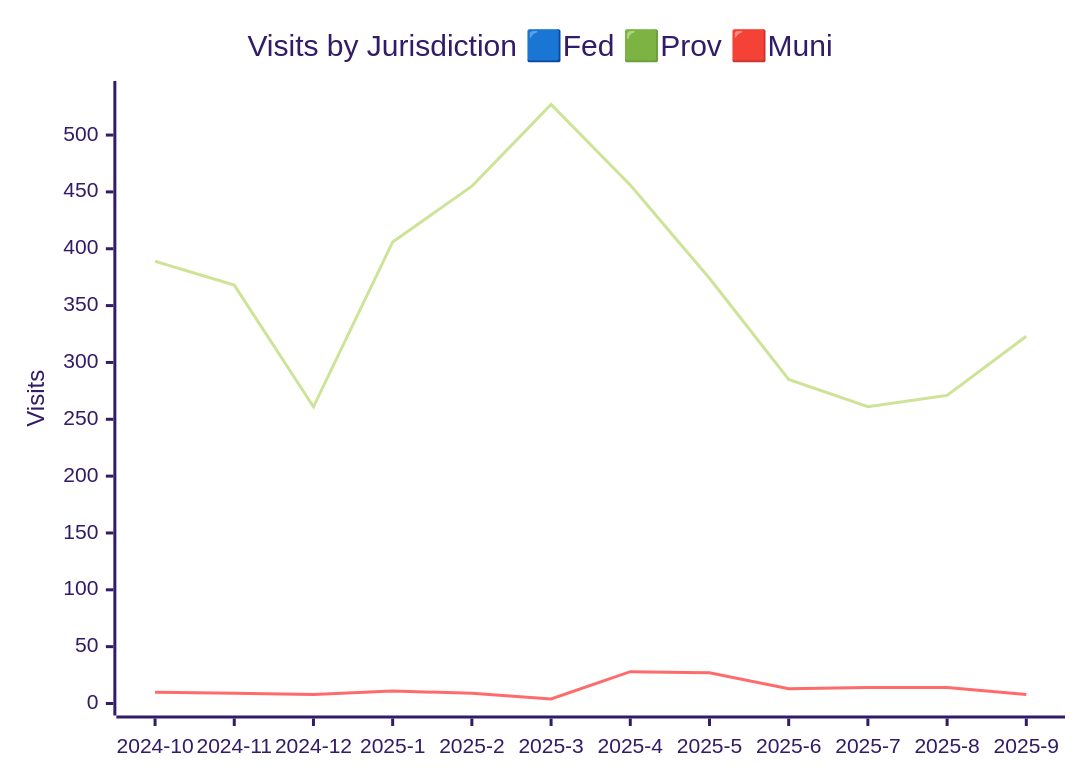
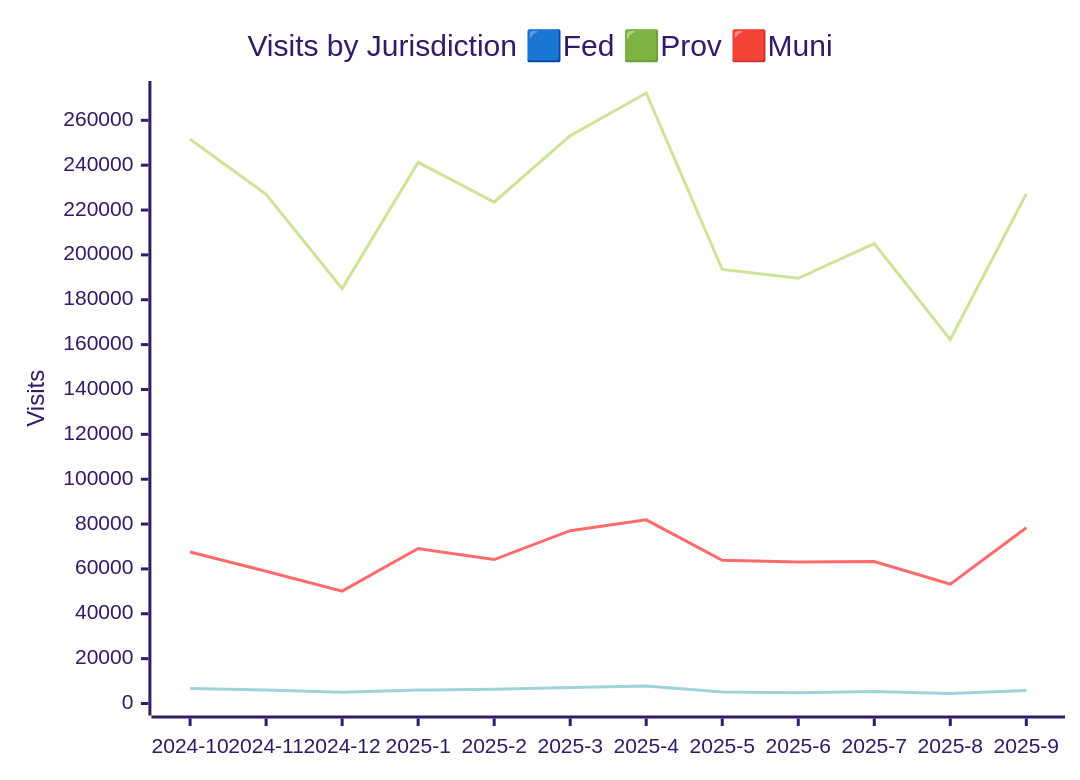
Before and after one commit to PatLittle/analytics-corporate-reporting: the second of 3 diagrams in JURISDICTION_ANALYTICS_REPORT/readme.md, drawn with Mermaid (forest theme). The commit also changed other lines of this file and 3 other files, not shown here.

````diff
--- a/JURISDICTION_ANALYTICS_REPORT/readme.md
+++ b/JURISDICTION_ANALYTICS_REPORT/readme.md
@@ -26,9 +27,10 @@
 ```mermaid
 
 xychart-beta
     title "Visits by Jurisdiction 🟦Fed 🟩Prov 🟥Muni"
     x-axis [2024-10, 2024-11, 2024-12, 2025-1, 2025-2, 2025-3, 2025-4, 2025-5, 2025-6, 2025-7, 2025-8, 2025-9]
-    y-axis "Visits" 0 --> 537
-    line [389, 368, 261, 406, 455, 527, 456, 374, 285, 261, 271, 323]
-    line [10, 9, 8, 11, 9, 4, 28, 27, 13, 14, 14, 8]
+    y-axis "Visits" 0 --> 272178
+    line [251540, 227036, 184977, 241273, 223549, 253181, 272168, 193501, 189590, 205049, 162256, 227215]
+    line [67509, 58957, 50117, 69086, 64168, 77031, 81895, 63876, 63092, 63318, 53188, 78369]
+    line [6643, 6053, 4970, 6013, 6298, 7116, 7801, 5126, 4797, 5298, 4430, 5839]
 ```
````
